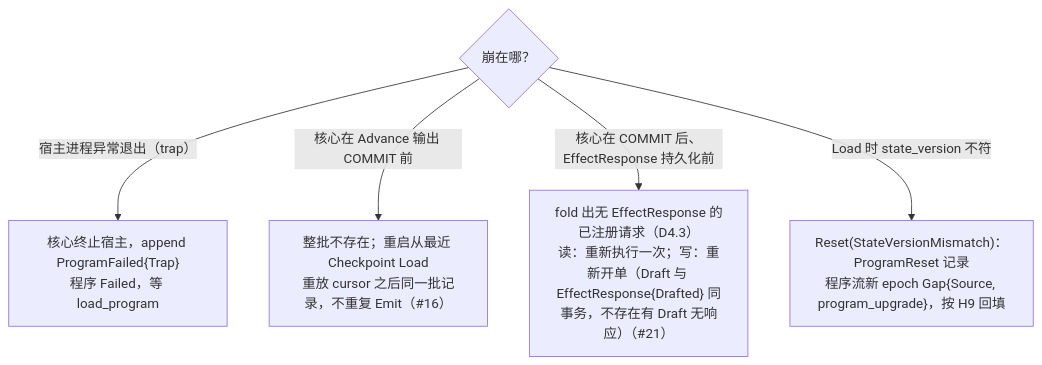
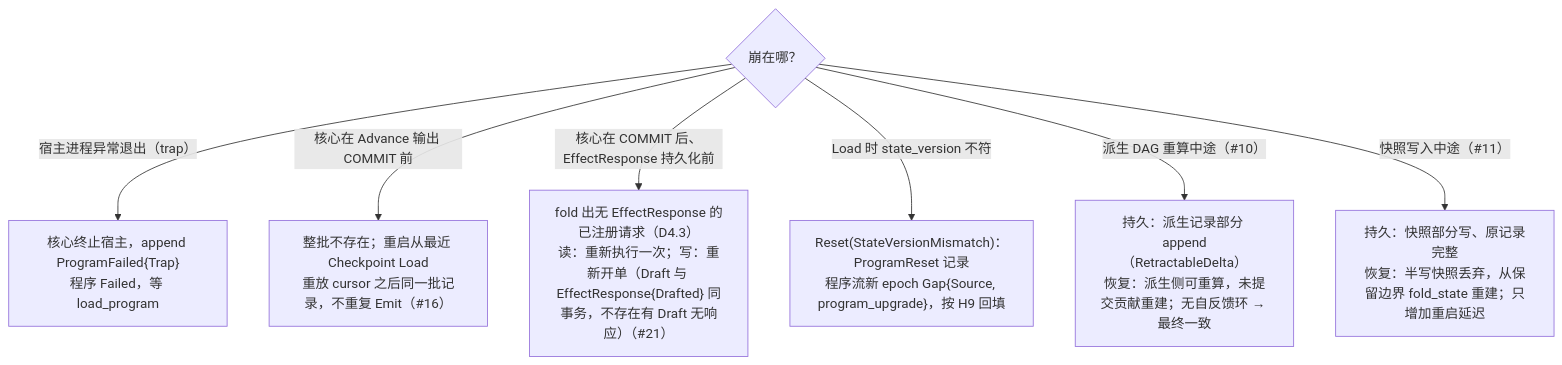
One commit to mouriya-s-lab/uta changed the fourth of 4 diagrams in design/diagrams/07-crash-recovery.md. Above: the diagram before and after it, drawn with Mermaid. The commit also changed other lines of this file and 10 other files, not shown here.

````diff
--- a/design/diagrams/07-crash-recovery.md
+++ b/design/diagrams/07-crash-recovery.md
@@ -106,8 +106,10 @@
 ```mermaid
 flowchart TB
   Q{"崩在哪？"}
   Q -->|"宿主进程异常退出（trap）"| T1["核心终止宿主，append ProgramFailed{Trap}<br/>程序 Failed，等 load_program"]
   Q -->|"核心在 Advance 输出 COMMIT 前"| T2["整批不存在；重启从最近 Checkpoint Load<br/>重放 cursor 之后同一批记录，不重复 Emit（#16）"]
   Q -->|"核心在 COMMIT 后、EffectResponse 持久化前"| T3["fold 出无 EffectResponse 的已注册请求（D4.3）<br/>读：重新执行一次；写：重新开单（Draft 与 EffectResponse{Drafted} 同事务，不存在有 Draft 无响应）（#21）"]
   Q -->|"Load 时 state_version 不符"| T4["Reset(StateVersionMismatch)：ProgramReset 记录<br/>程序流新 epoch Gap{Source, program_upgrade}，按 H9 回填"]
+  Q -->|"派生 DAG 重算中途（#10）"| T5["持久：派生记录部分 append（RetractableDelta）<br/>恢复：派生侧可重算，未提交贡献重建；无自反馈环 → 最终一致"]
+  Q -->|"快照写入中途（#11）"| T6["持久：快照部分写、原记录完整<br/>恢复：半写快照丢弃，从保留边界 fold_state 重建；只增加重启延迟"]
 ```
````
